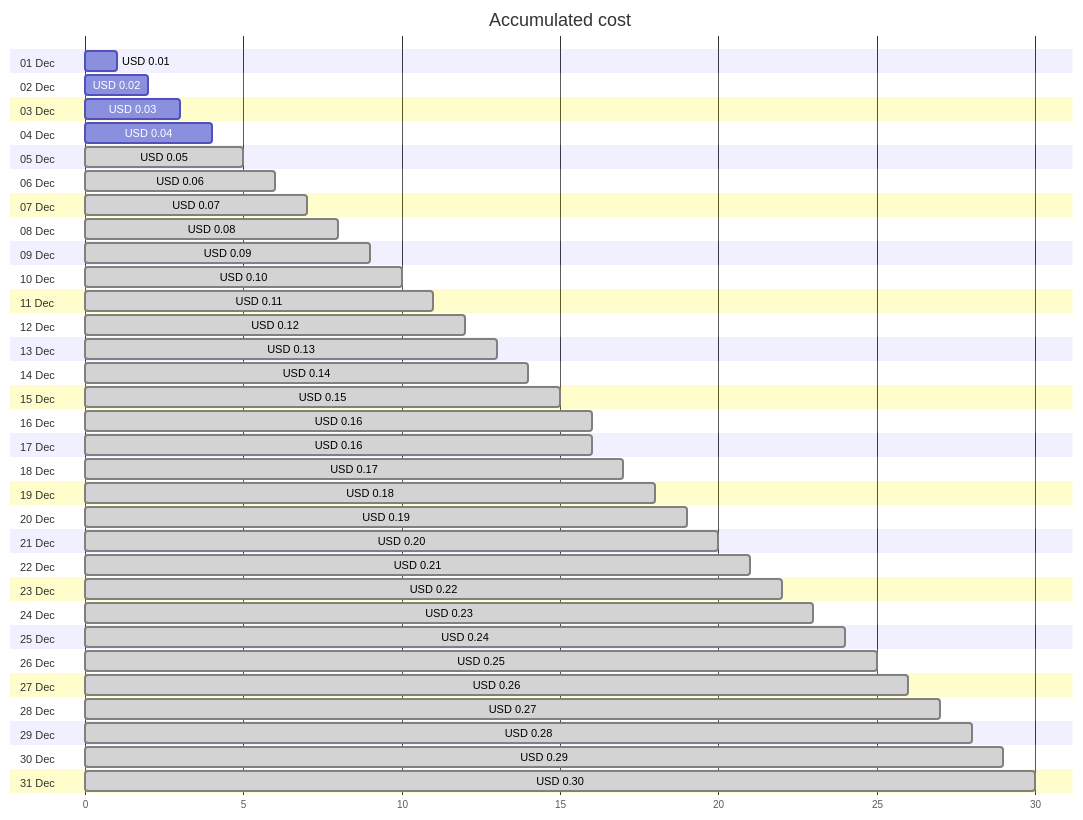
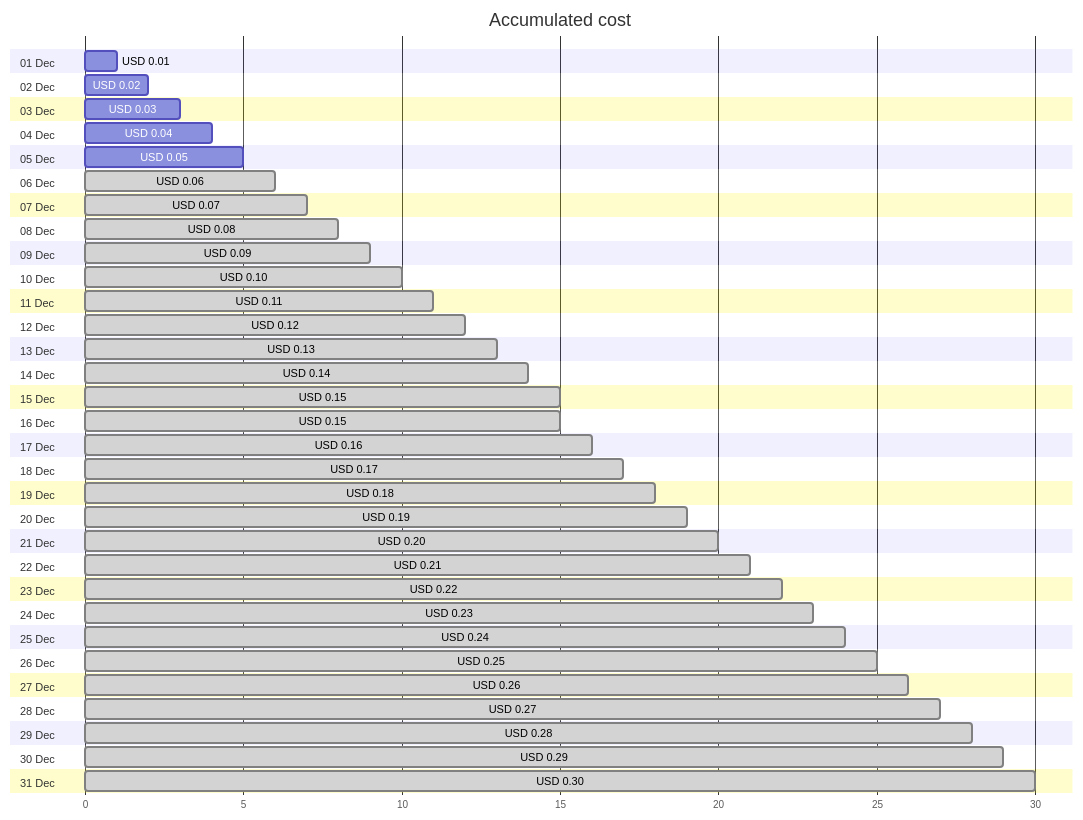
Before and after one commit to jpfulton/azure-personal-reports: the first of 4 diagrams in cost-reports/cloud-shell-storage-eastus/cs2100300008c8d894b.md, drawn with Mermaid. The commit also changed other lines of this file and 1 other file, not shown here.

````diff
--- a/cost-reports/cloud-shell-storage-eastus/cs2100300008c8d894b.md
+++ b/cost-reports/cloud-shell-storage-eastus/cs2100300008c8d894b.md
@@ -20,68 +20,68 @@
 ```mermaid
 gantt
    title Accumulated cost
    dateFormat  X
    axisFormat %s
    section 01 Dec
    USD 0.01 :0, 1
    section 02 Dec
    USD 0.02 :0, 2
    section 03 Dec
    USD 0.03 :0, 3
    section 04 Dec
    USD 0.04 :0, 4
    section 05 Dec
-   USD 0.05 : done, 0, 5
+   USD 0.05 :0, 5
    section 06 Dec
    USD 0.06 : done, 0, 6
    section 07 Dec
    USD 0.07 : done, 0, 7
    section 08 Dec
    USD 0.08 : done, 0, 8
    section 09 Dec
    USD 0.09 : done, 0, 9
    section 10 Dec
    USD 0.10 : done, 0, 10
    section 11 Dec
    USD 0.11 : done, 0, 11
    section 12 Dec
    USD 0.12 : done, 0, 12
    section 13 Dec
    USD 0.13 : done, 0, 13
    section 14 Dec
    USD 0.14 : done, 0, 14
    section 15 Dec
    USD 0.15 : done, 0, 15
    section 16 Dec
-   USD 0.16 : done, 0, 16
+   USD 0.15 : done, 0, 15
    section 17 Dec
    USD 0.16 : done, 0, 16
    section 18 Dec
    USD 0.17 : done, 0, 17
    section 19 Dec
    USD 0.18 : done, 0, 18
    section 20 Dec
    USD 0.19 : done, 0, 19
    section 21 Dec
    USD 0.20 : done, 0, 20
    section 22 Dec
    USD 0.21 : done, 0, 21
    section 23 Dec
    USD 0.22 : done, 0, 22
    section 24 Dec
    USD 0.23 : done, 0, 23
    section 25 Dec
    USD 0.24 : done, 0, 24
    section 26 Dec
    USD 0.25 : done, 0, 25
    section 27 Dec
    USD 0.26 : done, 0, 26
    section 28 Dec
    USD 0.27 : done, 0, 27
    section 29 Dec
    USD 0.28 : done, 0, 28
    section 30 Dec
    USD 0.29 : done, 0, 29
    section 31 Dec
    USD 0.30 : done, 0, 30
 ```
````
